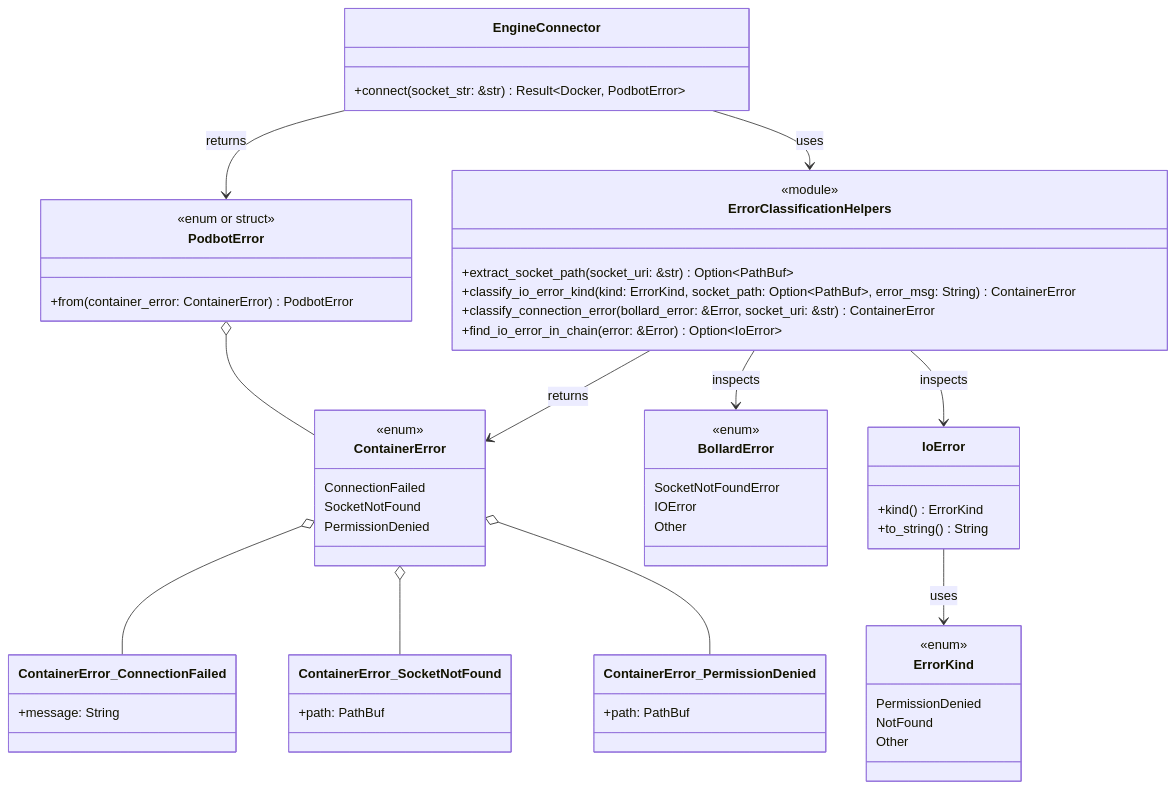
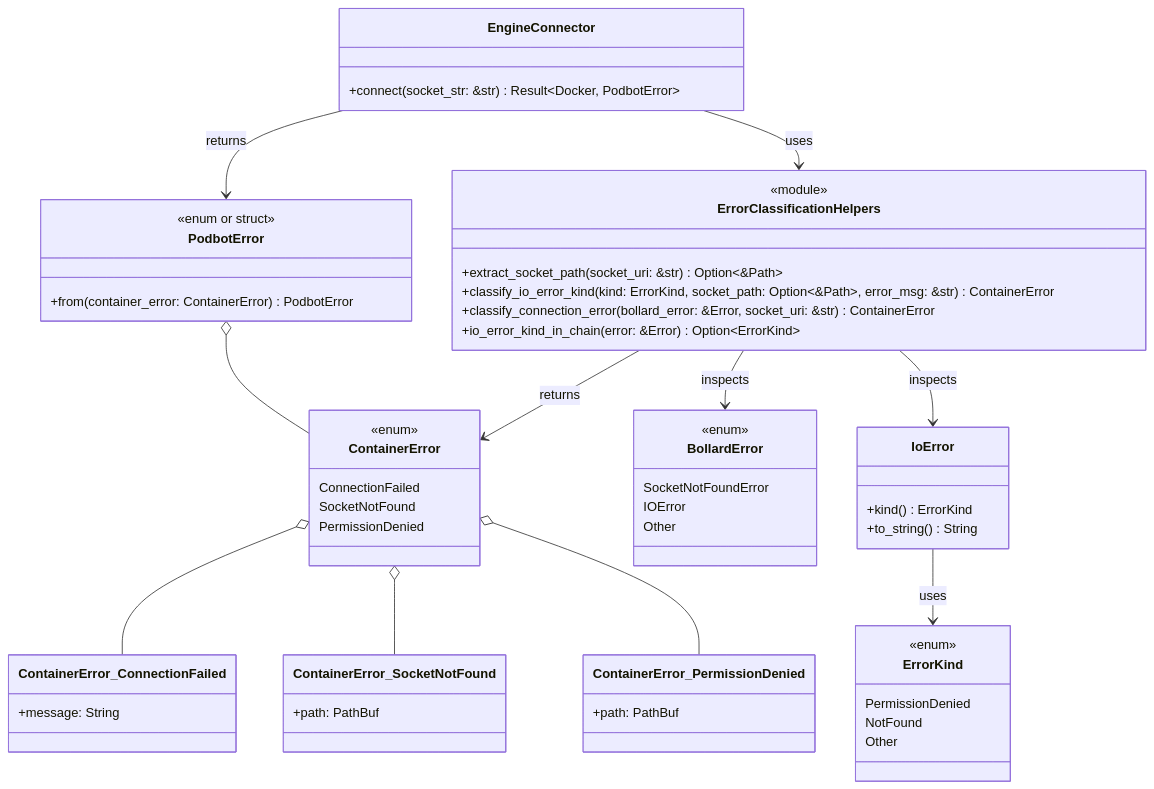
Before and after one commit to leynos/podbot: the third of 3 diagrams in docs/podbot-design.md, drawn with Mermaid. The commit also changed 4 other files, not shown here.

First line of the commit message:
fix(engine/connection): improve socket URI path extraction logic

````diff
--- a/docs/podbot-design.md
+++ b/docs/podbot-design.md
@@ -330,68 +330,68 @@
 ```mermaid
 classDiagram
     class EngineConnector {
         +connect(socket_str: &str) Result~Docker, PodbotError~
     }
 
     class ContainerError {
         <<enum>>
         ConnectionFailed
         SocketNotFound
         PermissionDenied
     }
 
     class ContainerError_ConnectionFailed {
         +message: String
     }
 
     class ContainerError_SocketNotFound {
         +path: PathBuf
     }
 
     class ContainerError_PermissionDenied {
         +path: PathBuf
     }
 
     class PodbotError {
         <<enum or struct>>
         +from(container_error: ContainerError) PodbotError
     }
 
     class ErrorClassificationHelpers {
         <<module>>
-        +extract_socket_path(socket_uri: &str) Option~PathBuf~
-        +classify_io_error_kind(kind: ErrorKind, socket_path: Option~PathBuf~, error_msg: String) ContainerError
+        +extract_socket_path(socket_uri: &str) Option~&Path~
+        +classify_io_error_kind(kind: ErrorKind, socket_path: Option~&Path~, error_msg: &str) ContainerError
         +classify_connection_error(bollard_error: &Error, socket_uri: &str) ContainerError
-        +find_io_error_in_chain(error: &Error) Option~IoError~
+        +io_error_kind_in_chain(error: &Error) Option~ErrorKind~
     }
 
     class BollardError {
         <<enum>>
         SocketNotFoundError
         IOError
         Other
     }
 
     class IoError {
         +kind() ErrorKind
         +to_string() String
     }
 
     class ErrorKind {
         <<enum>>
         PermissionDenied
         NotFound
         Other
     }
 
     EngineConnector --> ErrorClassificationHelpers : uses
     EngineConnector --> PodbotError : returns
     PodbotError o-- ContainerError
     ContainerError o-- ContainerError_ConnectionFailed
     ContainerError o-- ContainerError_SocketNotFound
     ContainerError o-- ContainerError_PermissionDenied
     ErrorClassificationHelpers --> ContainerError : returns
     ErrorClassificationHelpers --> BollardError : inspects
     ErrorClassificationHelpers --> IoError : inspects
     IoError --> ErrorKind : uses
 ```
````
